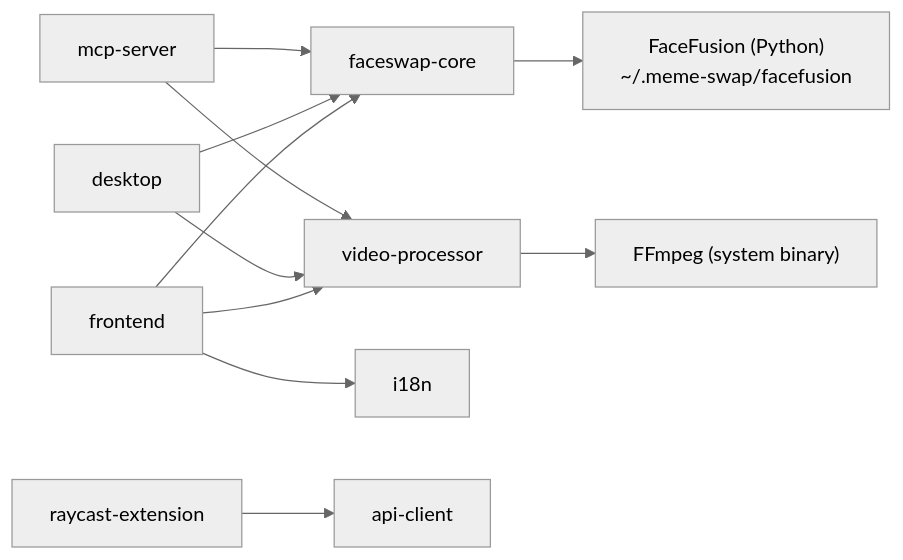
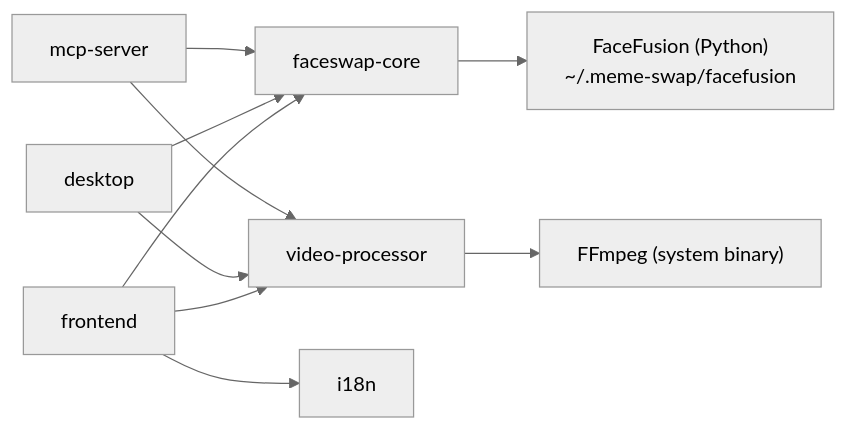
One commit to Tlahey/meme-swap changed the first of 2 diagrams in docs/architecture.md. Above: the diagram before and after it, drawn with Mermaid (neutral theme). The commit also changed other lines of this file and 9 other files, not shown here.

First line of the commit message:
chore: remove the empty Raycast extension placeholder

````diff
--- a/docs/architecture.md
+++ b/docs/architecture.md
@@ -30,17 +29,15 @@
 ```mermaid
 graph LR
     FE[frontend] --> FC[faceswap-core]
     FE --> VP[video-processor]
     FE --> I18N[i18n]
 
     DE[desktop] --> FC
     DE --> VP
 
     MCP[mcp-server] --> FC
     MCP --> VP
 
-    RE[raycast-extension] --> AC[api-client]
-
     FC --> FF["FaceFusion (Python)\n~/.meme-swap/facefusion"]
     VP --> FFMPEG["FFmpeg (system binary)"]
 ```
````
